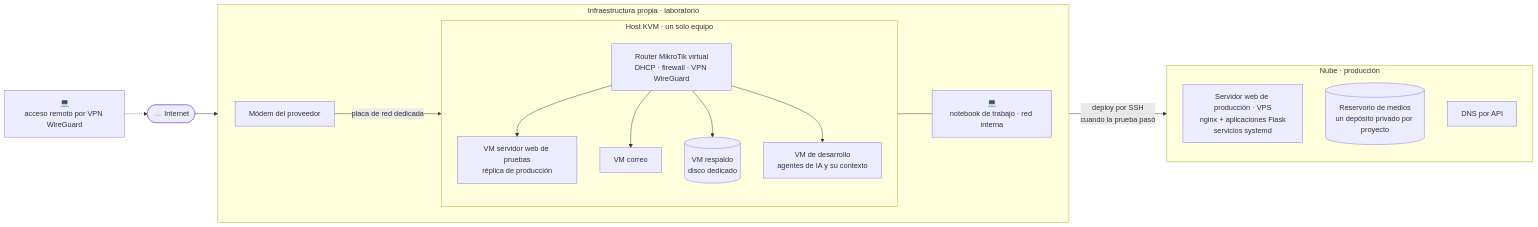
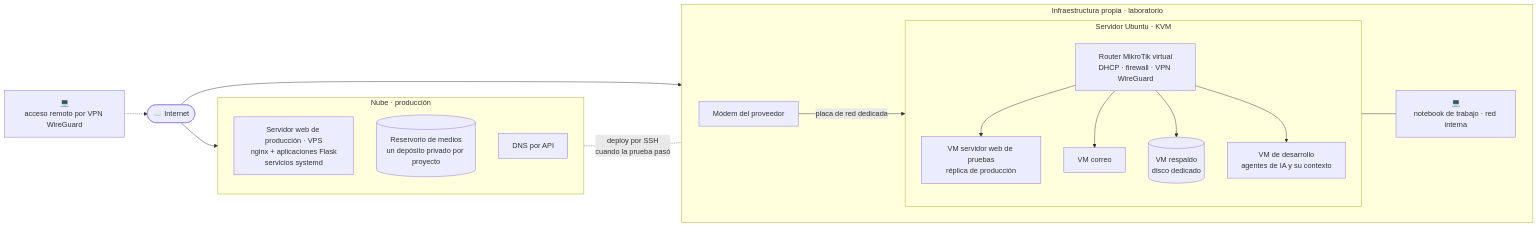
The first of 3 diagrams in README.md (druidatech-net/infraestructura-druidatech), drawn with Mermaid before and after one commit. The commit also changed other lines of this file, not shown here.

Commit message:
Diagrama: la nube de producción cuelga de Internet; Servidor Ubuntu KVM en vez de host

````diff
--- a/README.md
+++ b/README.md
@@ -25,25 +25,26 @@
 ```mermaid
 flowchart LR
     N[💻<br/>acceso remoto por VPN WireGuard] -.-> I([☁️ Internet])
+    I --> V
     I --> M
+    subgraph NUBE[Nube · producción]
+        direction TB
+        V[Servidor web de producción · VPS<br/>nginx + aplicaciones Flask<br/>servicios systemd]
+        S[(Reservorio de medios<br/>un depósito privado por proyecto)]
+        D[DNS por API]
+    end
     subgraph LAB[Infraestructura propia · laboratorio]
         direction LR
         M[Módem del proveedor] -->|placa de red dedicada| K
-        subgraph H[Host KVM · un solo equipo]
+        subgraph H[Servidor Ubuntu · KVM]
             direction TB
             K[Router MikroTik virtual<br/>DHCP · firewall · VPN WireGuard]
             K --> W[VM servidor web de pruebas<br/>réplica de producción]
             K --> C[VM correo]
             K --> B[(VM respaldo<br/>disco dedicado)]
             K --> A[VM de desarrollo<br/>agentes de IA y su contexto]
         end
         K --- T[💻<br/>notebook de trabajo · red interna]
     end
-    subgraph NUBE[Nube · producción]
-        direction TB
-        V[Servidor web de producción · VPS<br/>nginx + aplicaciones Flask<br/>servicios systemd]
-        S[(Reservorio de medios<br/>un depósito privado por proyecto)]
-        D[DNS por API]
-    end
-    W -->|"deploy por SSH<br/>cuando la prueba pasó"| V
+    V -.-|"deploy por SSH<br/>cuando la prueba pasó"| W
 ```
````
